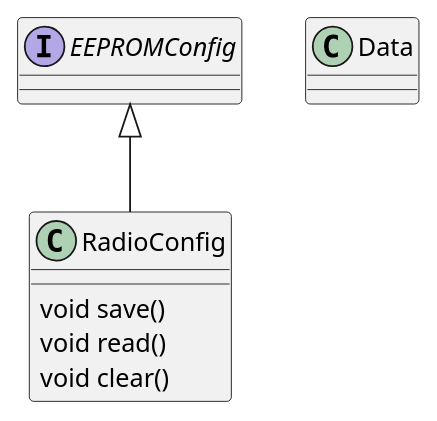
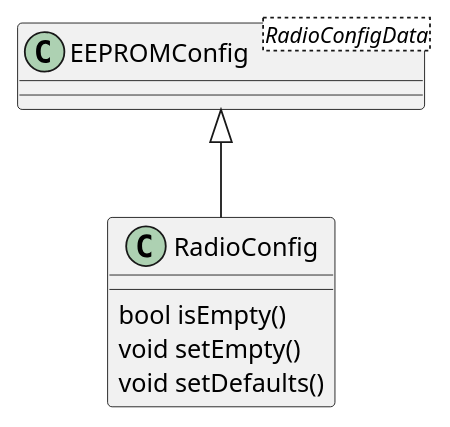
Before and after one commit to damiandrzewicz/iots-rf-core-lib: the second of 2 diagrams in docs/README.md, drawn with PlantUML. The commit also changed other lines of this file and 8 other files, not shown here.

Commit message:
RadioConfig unit tests and documentation

```diff
--- a/docs/README.md
+++ b/docs/README.md
@@ -26,14 +40,12 @@
 @startuml
-interface EEPROMConfig
+
+class EEPROMConfig<RadioConfigData>
+
 class RadioConfig{
-  void save()
-  void read()
-  void clear()
-}
-
-class Data{
-
+  bool isEmpty()
+  void setEmpty()
+  void setDefaults()
 }
 
 EEPROMConfig <|-- RadioConfig
 @enduml
```
